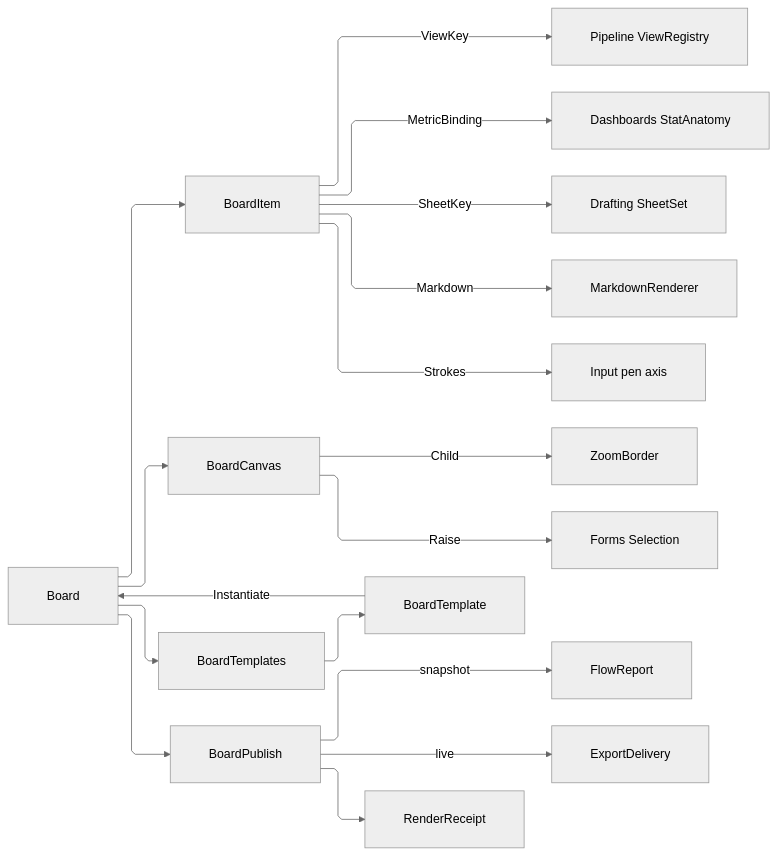
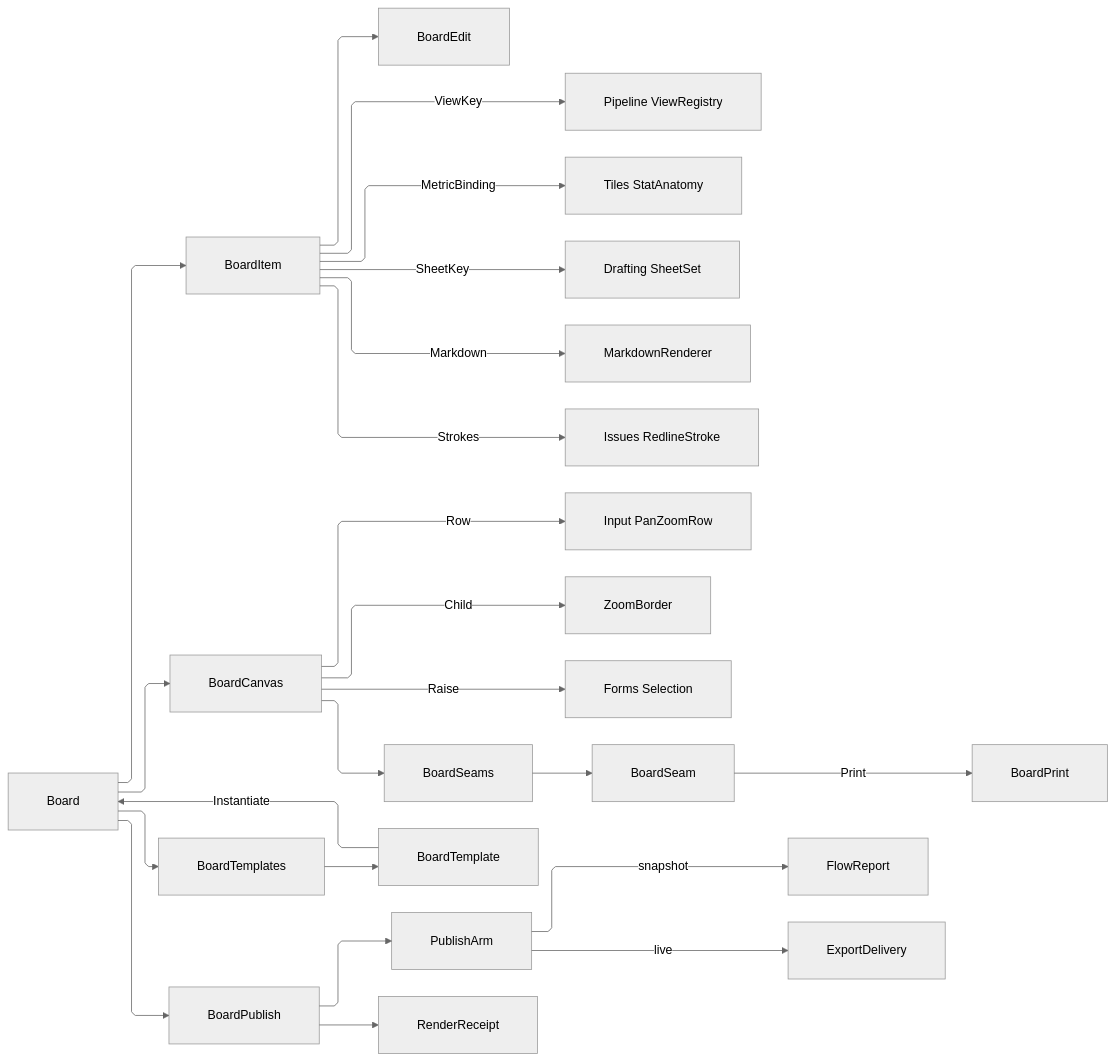
Before and after one commit to bsamiee/Rasm: the diagram in libs/csharp/Rasm.AppUi/.planning/Document/board.md, drawn with Mermaid (neutral theme). The commit also changed other lines of this file and 818 other files, not shown here.

````diff
--- a/libs/csharp/Rasm.AppUi/.planning/Document/board.md
+++ b/libs/csharp/Rasm.AppUi/.planning/Document/board.md
@@ -617,28 +863,34 @@
 ```mermaid
 ---
 config:
   layout: elk
   flowchart:
     curve: linear
     padding: 25
 ---
 flowchart LR
     accTitle: Board placement model, canvas composition, templating, and the two publish arms
-    accDescr: A board holding placement rows that reference settled owners by key, a canvas seating them inside the shared zoom-and-pan viewport with selection routed to the one gesture fold, a template lifting references into slots for reuse, and a publish fold delivering either a paginated report or a live-structure document through the one export plane.
+    accDescr: A board holding placement rows that reference settled owners by key, a canvas seating them inside the shared zoom-and-pan viewport with selection routed to the one gesture fold, a template lifting references into slots for reuse, and a publish fold whose arm rows deliver either a paginated report or a live-structure document through the one export plane.
     Board --> BoardItem
     BoardItem -->|ViewKey| ViewRegistry["Pipeline ViewRegistry"]
-    BoardItem -->|MetricBinding| StatAnatomy["Dashboards StatAnatomy"]
+    BoardItem -->|MetricBinding| StatAnatomy["Tiles StatAnatomy"]
     BoardItem -->|SheetKey| SheetSet["Drafting SheetSet"]
     BoardItem -->|Markdown| MarkdownRenderer
-    BoardItem -->|Strokes| PenSample["Input pen axis"]
+    BoardItem -->|Strokes| RedlineStroke["Issues RedlineStroke"]
+    BoardItem --> BoardEdit
     Board --> BoardCanvas
+    BoardCanvas -->|Row| PanZoomRow["Input PanZoomRow"]
     BoardCanvas -->|Child| ZoomBorder
     BoardCanvas -->|Raise| Selection["Forms Selection"]
+    BoardCanvas --> BoardSeams
+    BoardSeams --> BoardSeam
     Board --> BoardTemplates
     BoardTemplates --> BoardTemplate
     BoardTemplate -->|Instantiate| Board
     Board --> BoardPublish
-    BoardPublish -->|snapshot| FlowReport
-    BoardPublish -->|live| ExportDelivery
+    BoardPublish --> PublishArm
+    PublishArm -->|snapshot| FlowReport
+    PublishArm -->|live| ExportDelivery
+    BoardSeam -->|Print| BoardPrint
     BoardPublish --> RenderReceipt
 ```
````
